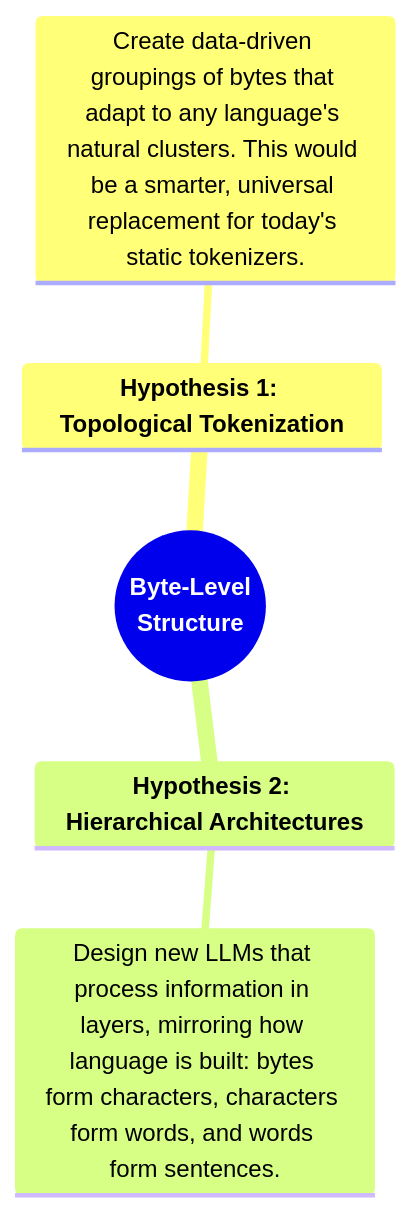
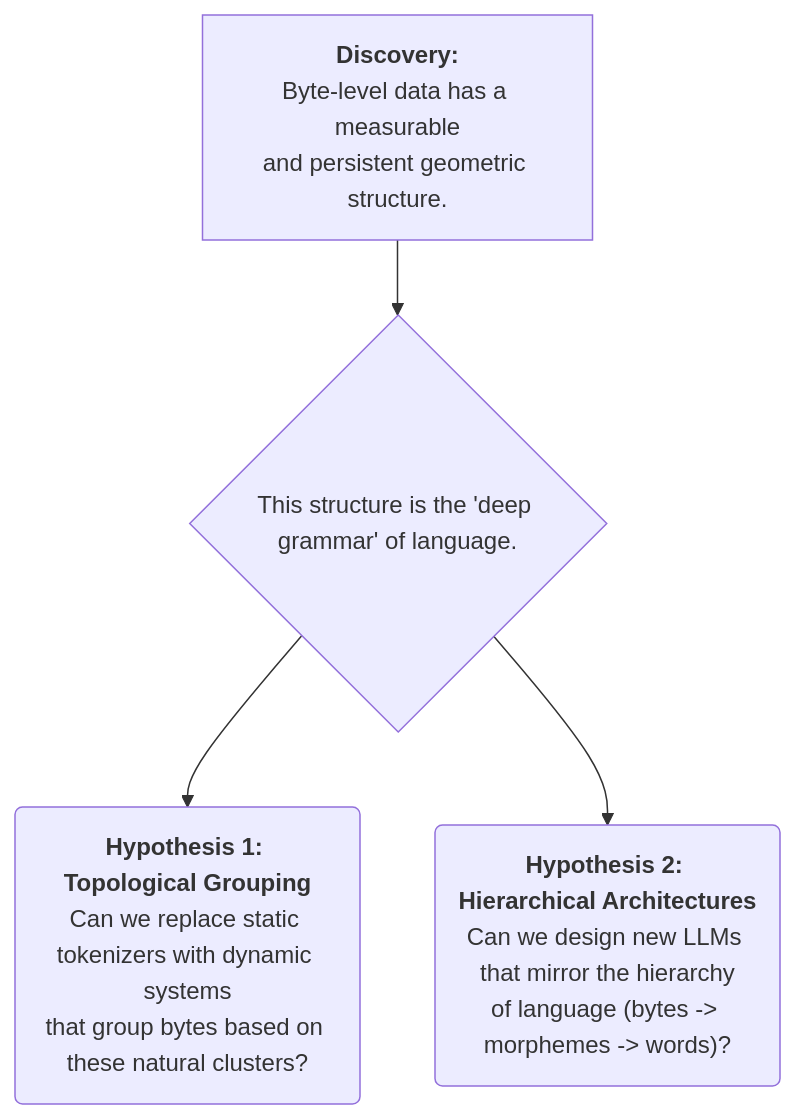
Before and after one commit to eltay89/eltay89.github.io: the third of 3 diagrams in _posts/2025-08-22-analyzing-bytes-for-llms.md, drawn with Mermaid. The commit also changed other lines of this file, not shown here.

````diff
--- a/_posts/2025-08-22-analyzing-bytes-for-llms.md
+++ b/_posts/2025-08-22-analyzing-bytes-for-llms.md
@@ -121,11 +80,6 @@
 ```mermaid
-mindmap
-  root((<b>Byte-Level<br>Structure</b>))
-    ::icon(fa fa-lightbulb)
-    <b>Hypothesis 1: Topological Tokenization</b>
-      ::icon(fa fa-cogs)
-      Create data-driven groupings of bytes that adapt to any language's natural clusters. This would be a smarter, universal replacement for today's static tokenizers.
-    <b>Hypothesis 2: Hierarchical Architectures</b>
-      ::icon(fa fa-sitemap)
-      Design new LLMs that process information in layers, mirroring how language is built: bytes form characters, characters form words, and words form sentences.
+graph TD
+    A["<b>Discovery:</b><br>Byte-level data has a measurable<br>and persistent geometric structure."] --> B{"This structure is the 'deep grammar' of language."};
+    B --> C("<b>Hypothesis 1: Topological Grouping</b><br>Can we replace static tokenizers with dynamic systems<br>that group bytes based on these natural clusters?");
+    B --> D("<b>Hypothesis 2: Hierarchical Architectures</b><br>Can we design new LLMs that mirror the hierarchy<br>of language (bytes -> morphemes -> words)?");
 ```
````
